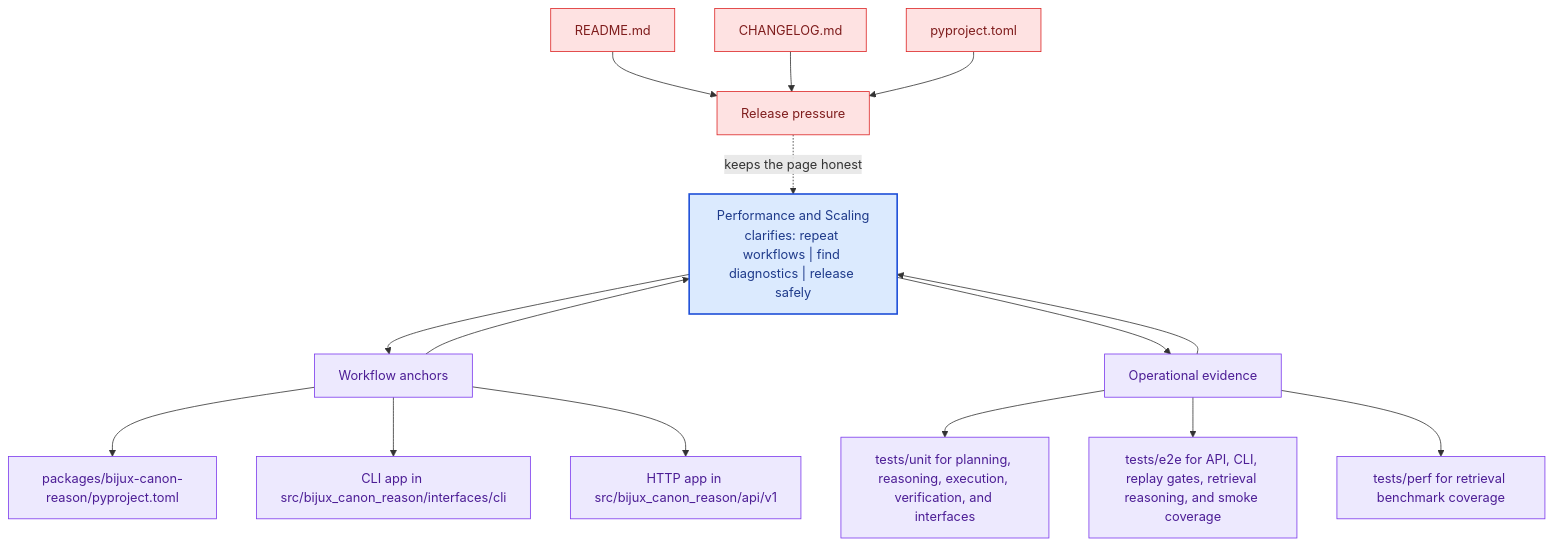
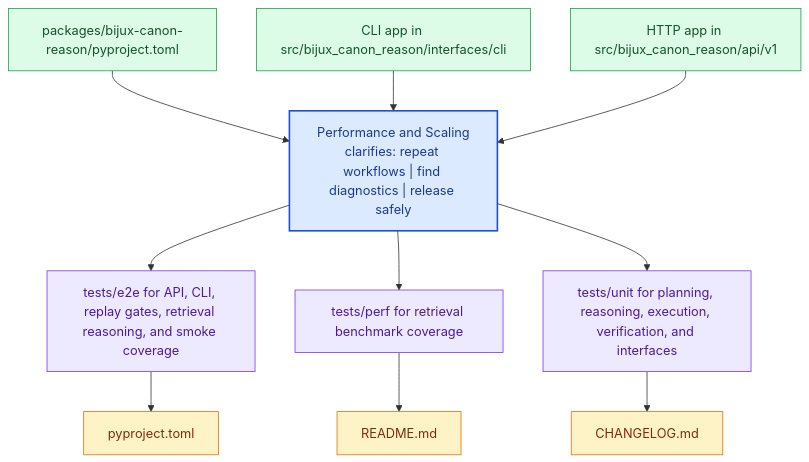
Before and after one commit to bijux/bijux-canon: the diagram in docs/bijux-canon-reason/operations/performance-and-scaling.md, drawn with Mermaid. The commit also changed other lines of this file and 281 other files, not shown here.

Commit message:
docs(diagrams): replace repeated mermaid scaffolds with page-specific summaries

````diff
--- a/docs/bijux-canon-reason/operations/performance-and-scaling.md
+++ b/docs/bijux-canon-reason/operations/performance-and-scaling.md
@@ -67,41 +22,31 @@
 ```mermaid
 flowchart TB
-    promise["Performance and Scaling<br/>clarifies: repeat workflows | find diagnostics | release safely"]
-    classDef promise fill:#dbeafe,stroke:#1d4ed8,color:#1e3a8a,stroke-width:2px;
-    classDef driver fill:#dcfce7,stroke:#16a34a,color:#14532d;
-    classDef constraint fill:#fee2e2,stroke:#dc2626,color:#7f1d1d;
-    classDef ground fill:#ede9fe,stroke:#7c3aed,color:#4c1d95;
-    focus1["Workflow anchors"]
-    focus1 --> promise
-    promise --> focus1
-    focus1_1["packages/bijux-canon-reason/pyproject.toml"]
-    focus1 --> focus1_1
-    focus1_2["CLI app in src/bijux_canon_reason/interfaces/cli"]
-    focus1 --> focus1_2
-    focus1_3["HTTP app in src/bijux_canon_reason/api/v1"]
-    focus1 --> focus1_3
-    class focus1 ground;
-    class focus1_1,focus1_2,focus1_3 ground;
-    focus2["Operational evidence"]
-    focus2 --> promise
-    promise --> focus2
-    focus2_1["tests/unit for planning, reasoning, execution, verification, and interfaces"]
-    focus2 --> focus2_1
-    focus2_2["tests/e2e for API, CLI, replay gates, retrieval reasoning, and smoke coverage"]
-    focus2 --> focus2_2
-    focus2_3["tests/perf for retrieval benchmark coverage"]
-    focus2 --> focus2_3
-    class focus2 ground;
-    class focus2_1,focus2_2,focus2_3 ground;
-    focus3["Release pressure"]
-    focus3 -.keeps the page honest.-> promise
-    focus3_1["README.md"]
-    focus3_1 --> focus3
-    focus3_2["CHANGELOG.md"]
-    focus3_2 --> focus3
-    focus3_3["pyproject.toml"]
-    focus3_3 --> focus3
-    class focus3 constraint;
-    class focus3_1,focus3_2,focus3_3 constraint;
-    class promise promise;
+    page["Performance and Scaling<br/>clarifies: repeat workflows | find diagnostics | release safely"]
+    classDef page fill:#dbeafe,stroke:#1d4ed8,color:#1e3a8a,stroke-width:2px;
+    classDef positive fill:#dcfce7,stroke:#16a34a,color:#14532d;
+    classDef caution fill:#fee2e2,stroke:#dc2626,color:#7f1d1d;
+    classDef anchor fill:#ede9fe,stroke:#7c3aed,color:#4c1d95;
+    classDef action fill:#fef3c7,stroke:#d97706,color:#7c2d12;
+    step1["packages/bijux-canon-reason/pyproject.toml"]
+    step1 --> page
+    step2["CLI app in src/bijux_canon_reason/interfaces/cli"]
+    step2 --> page
+    step3["HTTP app in src/bijux_canon_reason/api/v1"]
+    step3 --> page
+    run1["tests/e2e for API, CLI, replay gates, retrieval reasoning, and smoke coverage"]
+    page --> run1
+    run2["tests/perf for retrieval benchmark coverage"]
+    page --> run2
+    run3["tests/unit for planning, reasoning, execution, verification, and interfaces"]
+    page --> run3
+    release1["pyproject.toml"]
+    run1 --> release1
+    release2["README.md"]
+    run2 --> release2
+    release3["CHANGELOG.md"]
+    run3 --> release3
+    class page page;
+    class step1,step2,step3 positive;
+    class run1,run2,run3 anchor;
+    class release1,release2,release3 action;
 ```
````
